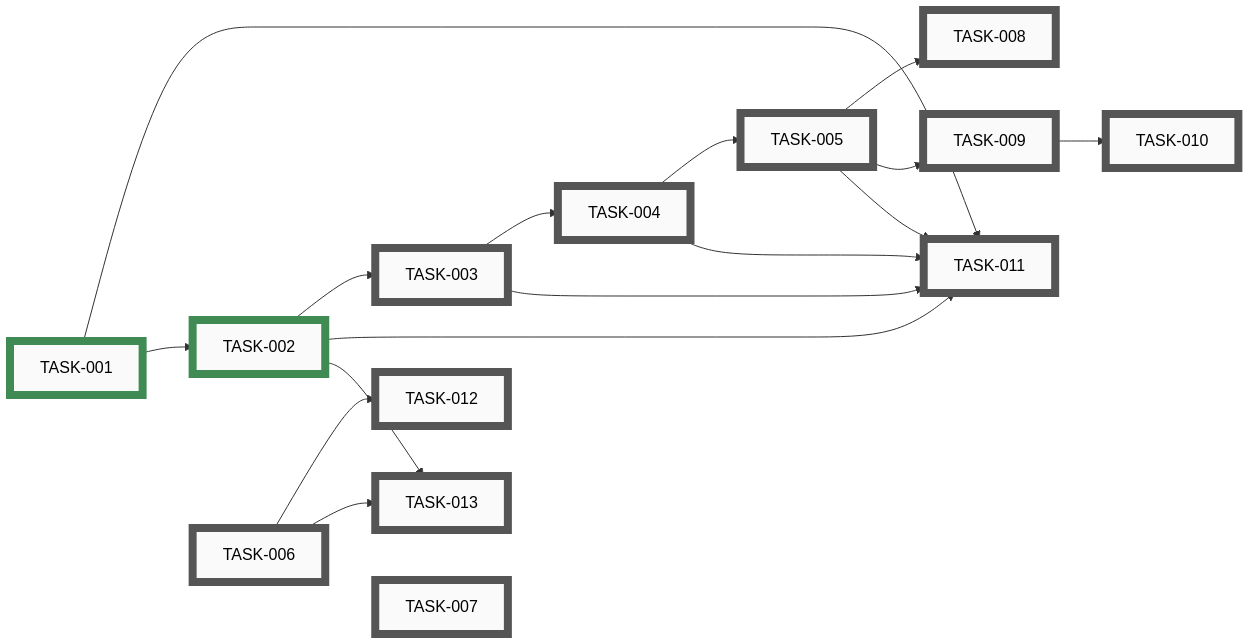
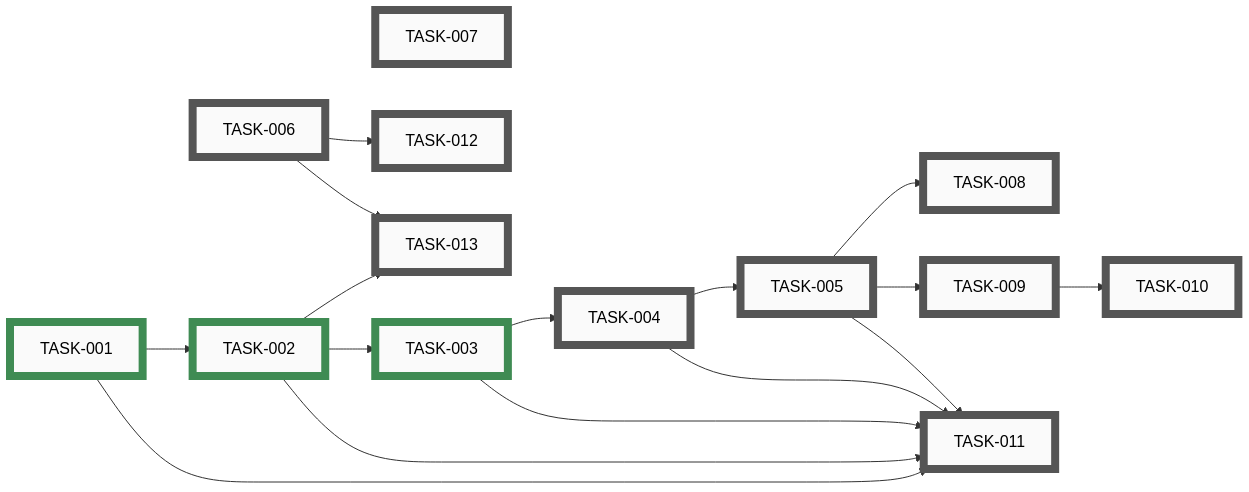
The diagram in docs/developers/tasks/EPICS.md (tgd1975/PartsLedger), drawn with Mermaid before and after one commit. The commit also changed other lines of this file and 4 other files, not shown here.

First line of the commit message:
close TASK-003: Replace scripts/pre-commit with the CircuitSmith version

````diff
--- a/docs/developers/tasks/EPICS.md
+++ b/docs/developers/tasks/EPICS.md
@@ -21,53 +21,53 @@
 ```mermaid
 graph LR
-    TASK_003["TASK-003"]:::open
     TASK_004["TASK-004"]:::open
     TASK_005["TASK-005"]:::open
     TASK_006["TASK-006"]:::open
     TASK_007["TASK-007"]:::open
     TASK_008["TASK-008"]:::open
     TASK_009["TASK-009"]:::open
     TASK_010["TASK-010"]:::open
     TASK_011["TASK-011"]:::open
     TASK_012["TASK-012"]:::open
     TASK_013["TASK-013"]:::open
     TASK_001["TASK-001"]:::closed
     TASK_002["TASK-002"]:::closed
-    TASK_002 --> TASK_003
+    TASK_003["TASK-003"]:::closed
     TASK_003 --> TASK_004
     TASK_004 --> TASK_005
     TASK_005 --> TASK_008
     TASK_005 --> TASK_009
     TASK_009 --> TASK_010
     TASK_001 --> TASK_011
     TASK_002 --> TASK_011
     TASK_003 --> TASK_011
     TASK_004 --> TASK_011
     TASK_005 --> TASK_011
     TASK_006 --> TASK_012
     TASK_002 --> TASK_013
     TASK_006 --> TASK_013
     TASK_001 --> TASK_002
+    TASK_002 --> TASK_003
     TASK_001 ~~~ TASK_006 ~~~ TASK_007
-    click TASK_003 "open/task-003-replace-pre-commit.md"
     click TASK_004 "open/task-004-upgrade-commit-skill.md"
     click TASK_005 "open/task-005-settings-json.md"
     click TASK_006 "open/task-006-docs-verbatim-port.md"
     click TASK_007 "open/task-007-architecture-doc.md"
     click TASK_008 "open/task-008-security-review-hooks.md"
     click TASK_009 "open/task-009-codeowner-mechanism.md"
     click TASK_010 "open/task-010-codeowner-starter-skills.md"
     click TASK_011 "open/task-011-claude-md-rewrite.md"
     click TASK_012 "open/task-012-epic-run-and-autonomy.md"
     click TASK_013 "open/task-013-apply-branch-protection.md"
     click TASK_001 "closed/task-001-delete-sync-layer.md"
     click TASK_002 "closed/task-002-python-skeleton.md"
+    click TASK_003 "closed/task-003-replace-pre-commit.md"
     classDef open    fill:#FAFAFA,stroke:#555,stroke-width:8px,color:#000
     classDef active  fill:#FAFAFA,stroke:#1A6FA8,stroke-width:8px,color:#000
     classDef closed  fill:#FAFAFA,stroke:#3F8B53,stroke-width:8px,color:#000
     classDef paused  fill:#FAFAFA,stroke:#B07810,stroke-width:8px,color:#000
     classDef openExt    fill:#000,stroke:#888,stroke-width:8px,color:#FFF
     classDef activeExt  fill:#000,stroke:#3FA9F5,stroke-width:8px,color:#FFF
     classDef closedExt  fill:#000,stroke:#7CC68A,stroke-width:8px,color:#FFF
     classDef pausedExt  fill:#000,stroke:#F0B030,stroke-width:8px,color:#FFF
 ```
````
